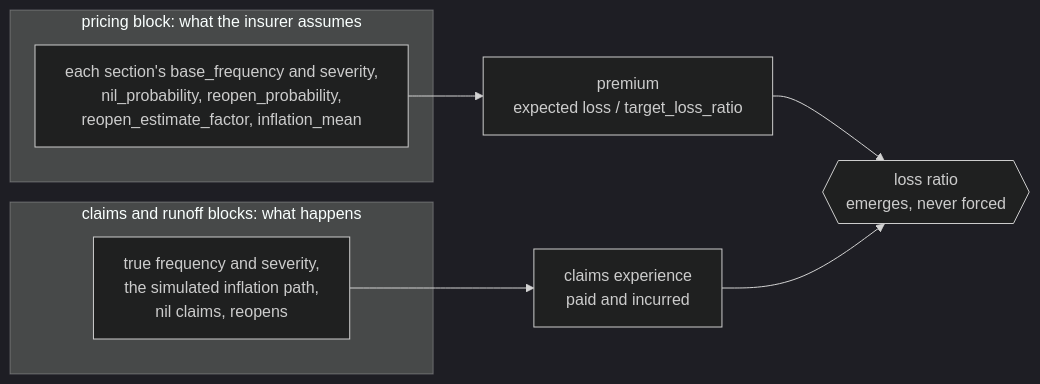
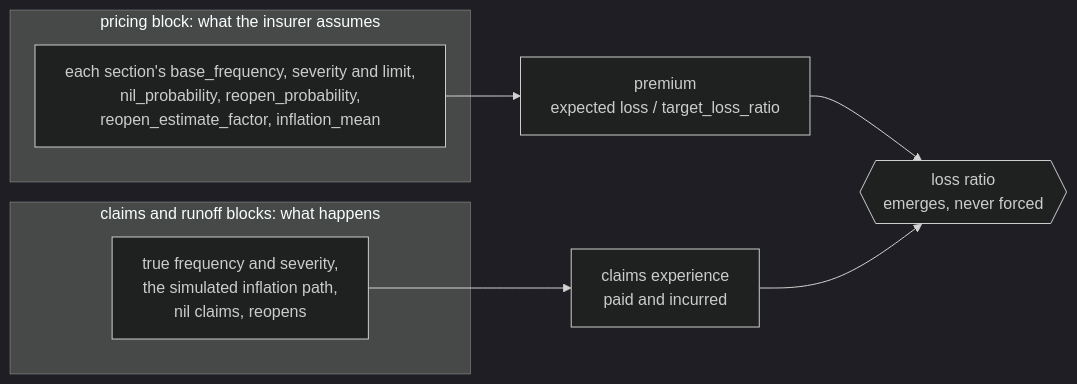
One commit to le-marais/claims-data-generator changed the second of 10 diagrams in README.md. Above: the diagram before and after it, drawn with Mermaid (dark theme). The commit also changed other lines of this file and 36 other files, not shown here.

````diff
--- a/README.md
+++ b/README.md
@@ -104,17 +104,17 @@
 ```mermaid
 %%{init: {"flowchart": {"wrappingWidth": 480}}}%%
 flowchart LR
     subgraph assumed["pricing block: what the insurer assumes"]
-        assumptions["each section's base_frequency and severity,<br/>nil_probability, reopen_probability,<br/>reopen_estimate_factor, inflation_mean"]
+        assumptions["each section's base_frequency, severity and limit,<br/>nil_probability, reopen_probability,<br/>reopen_estimate_factor, inflation_mean"]
     end
     subgraph actual["claims and runoff blocks: what happens"]
         truth["true frequency and severity,<br/>the simulated inflation path,<br/>nil claims, reopens"]
     end
     premium["premium<br/>expected loss / target_loss_ratio"]
     experience["claims experience<br/>paid and incurred"]
     lossRatio{{"loss ratio<br/>emerges, never forced"}}
     assumptions --> premium
     truth --> experience
     premium --> lossRatio
     experience --> lossRatio
 ```
````
